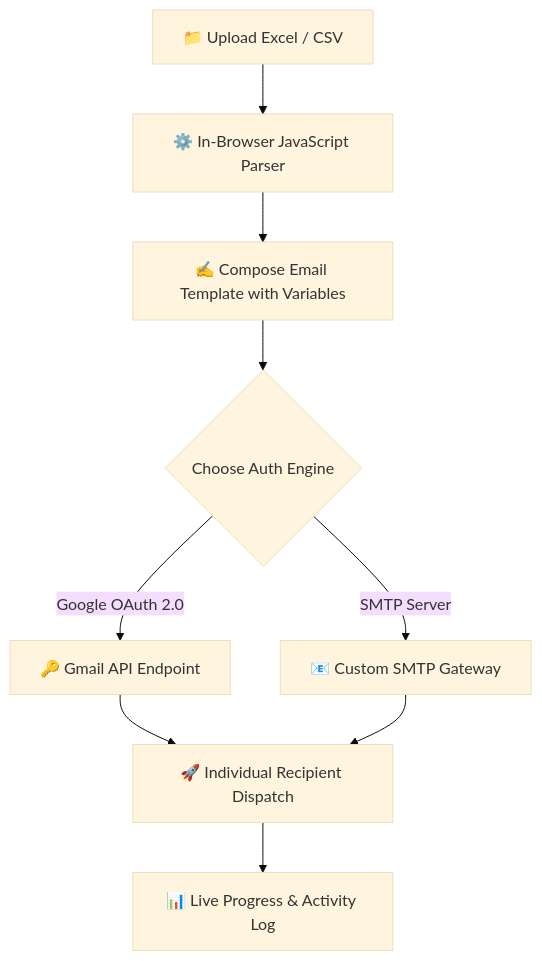
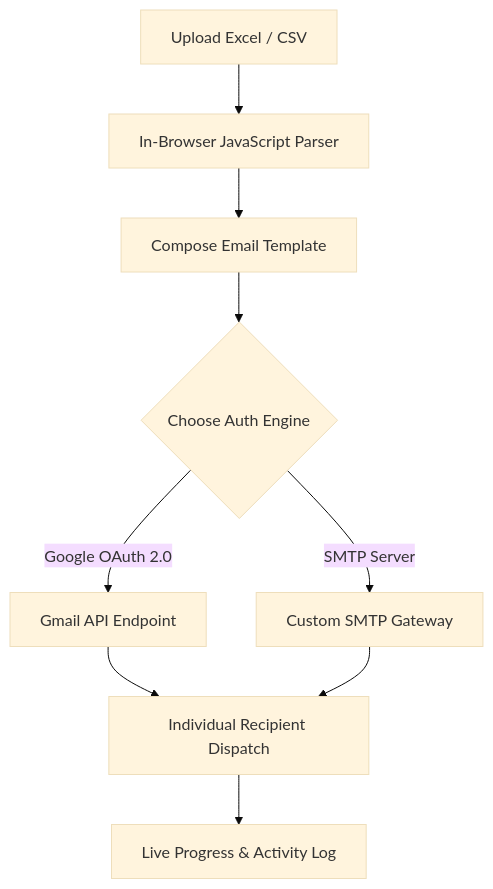
Before and after one commit to Satbir-Singh-42/MASS_EMAIL_PRO: the diagram in README.md, drawn with Mermaid (base theme). The commit also changed other lines of this file, not shown here.

````diff
--- a/README.md
+++ b/README.md
@@ -35,14 +35,14 @@
 ```mermaid
 flowchart TD
-    A[📁 Upload Excel / CSV] --> B[⚙️ In-Browser JavaScript Parser]
-    B --> C[✍️ Compose Email Template with Variables]
+    A[Upload Excel / CSV] --> B[In-Browser JavaScript Parser]
+    B --> C[Compose Email Template]
     C --> D{Choose Auth Engine}
     
-    D -->|Google OAuth 2.0| E[🔑 Gmail API Endpoint]
-    D -->|SMTP Server| F[📧 Custom SMTP Gateway]
+    D -->|Google OAuth 2.0| E[Gmail API Endpoint]
+    D -->|SMTP Server| F[Custom SMTP Gateway]
     
-    E --> G[🚀 Individual Recipient Dispatch]
+    E --> G[Individual Recipient Dispatch]
     F --> G
     
-    G --> H[📊 Live Progress & Activity Log]
+    G --> H[Live Progress & Activity Log]
 ```
````
